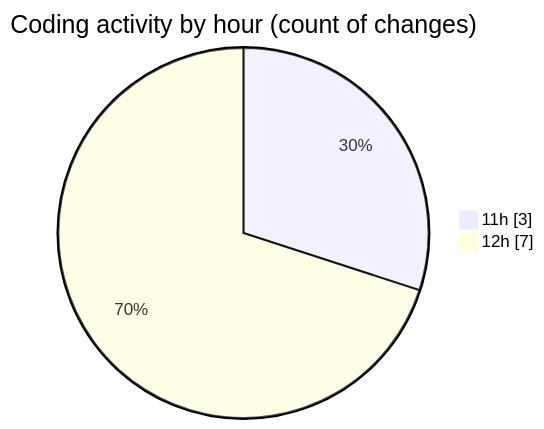
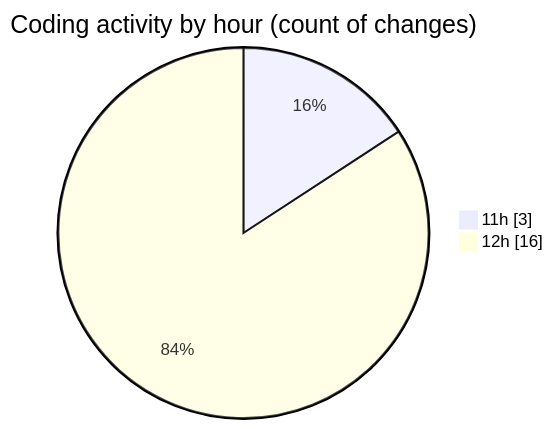
One commit to nxtqubesakshisongat/code-tracking changed the second of 2 diagrams in 2025-06-03/nxtqube_webapp/README.md. Above: the diagram before and after it, drawn with Mermaid. The commit also changed other lines of this file and 1 other file, not shown here.

````diff
--- a/2025-06-03/nxtqube_webapp/README.md
+++ b/2025-06-03/nxtqube_webapp/README.md
@@ -28,6 +28,6 @@
 ```mermaid
 pie showData
 title Coding activity by hour (count of changes)
 "11h" : 3
-"12h" : 7
+"12h" : 16
 ```
````
